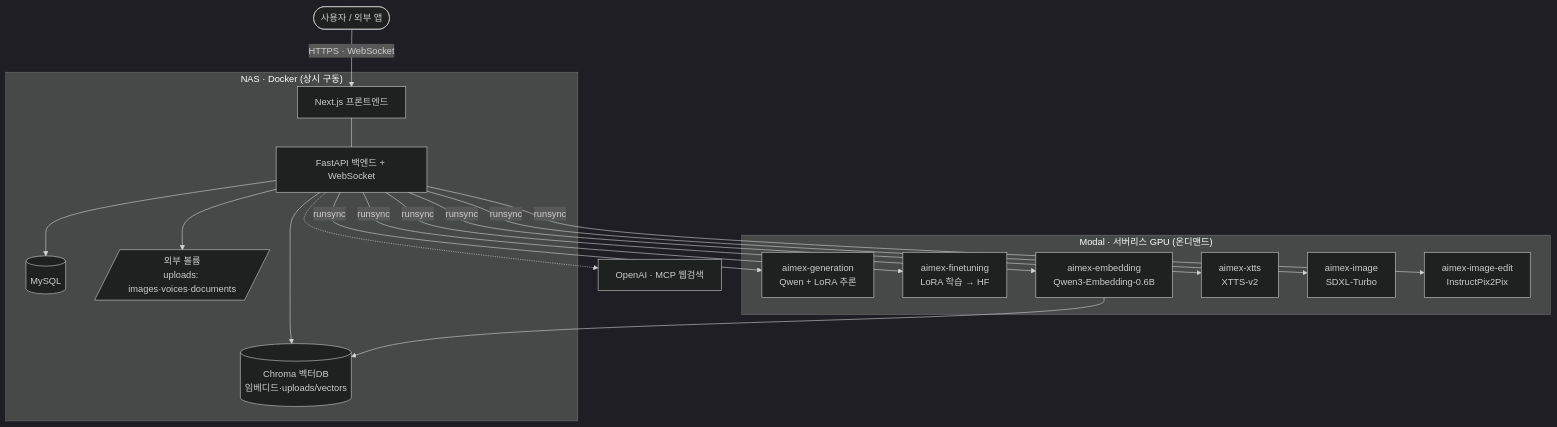
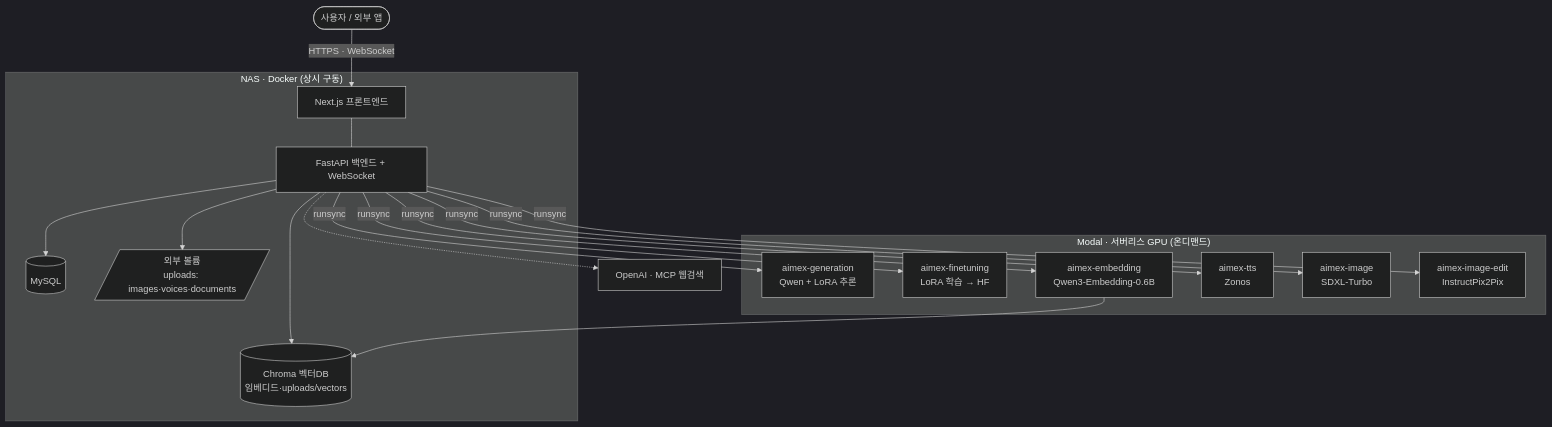
One commit to GTU9/AIMEX changed the first of 3 diagrams in README.md. Above: the diagram before and after it, drawn with Mermaid (dark theme). The commit also changed other lines of this file, not shown here.

````diff
--- a/README.md
+++ b/README.md
@@ -191,32 +191,32 @@
 ```mermaid
 flowchart TB
     U([사용자 / 외부 앱])
 
     subgraph NAS["NAS · Docker (상시 구동)"]
         FE["Next.js 프론트엔드"]
         BE["FastAPI 백엔드 + WebSocket"]
         DB[("MySQL")]
         VEC[("Chroma 벡터DB<br/>임베디드·uploads/vectors")]
         VOL[/"외부 볼륨<br/>uploads: images·voices·documents"/]
         FE --- BE
         BE --> DB
         BE --> VEC
         BE --> VOL
     end
 
     subgraph MODAL["Modal · 서버리스 GPU (온디맨드)"]
         GEN["aimex-generation<br/>Qwen + LoRA 추론"]
         FT["aimex-finetuning<br/>LoRA 학습 → HF"]
         EMB["aimex-embedding<br/>Qwen3-Embedding-0.6B"]
-        TTS["aimex-xtts<br/>XTTS-v2"]
+        TTS["aimex-tts<br/>Zonos"]
         IMG["aimex-image<br/>SDXL-Turbo"]
         EDIT["aimex-image-edit<br/>InstructPix2Pix"]
     end
 
     EXT["OpenAI · MCP 웹검색"]
 
     U -->|HTTPS · WebSocket| FE
     BE -->|runsync| GEN & FT & EMB & TTS & IMG & EDIT
     EMB --> VEC
     BE -.-> EXT
 ```
````
